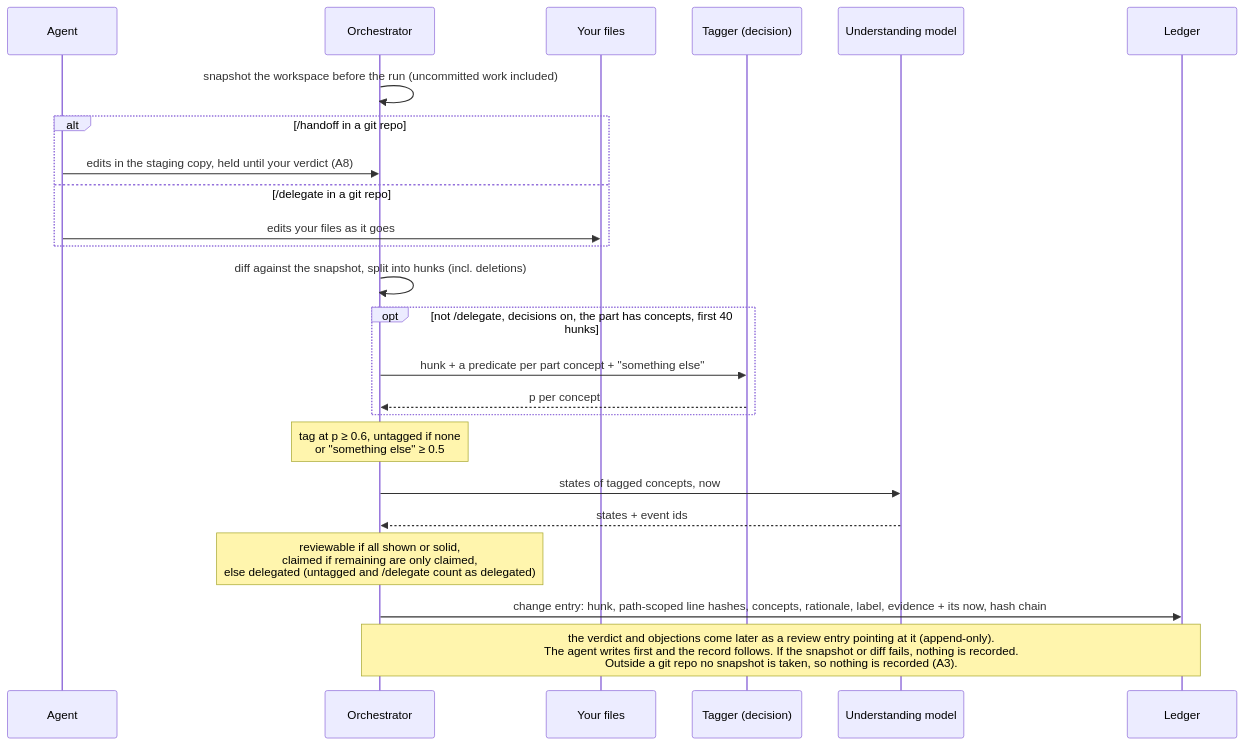
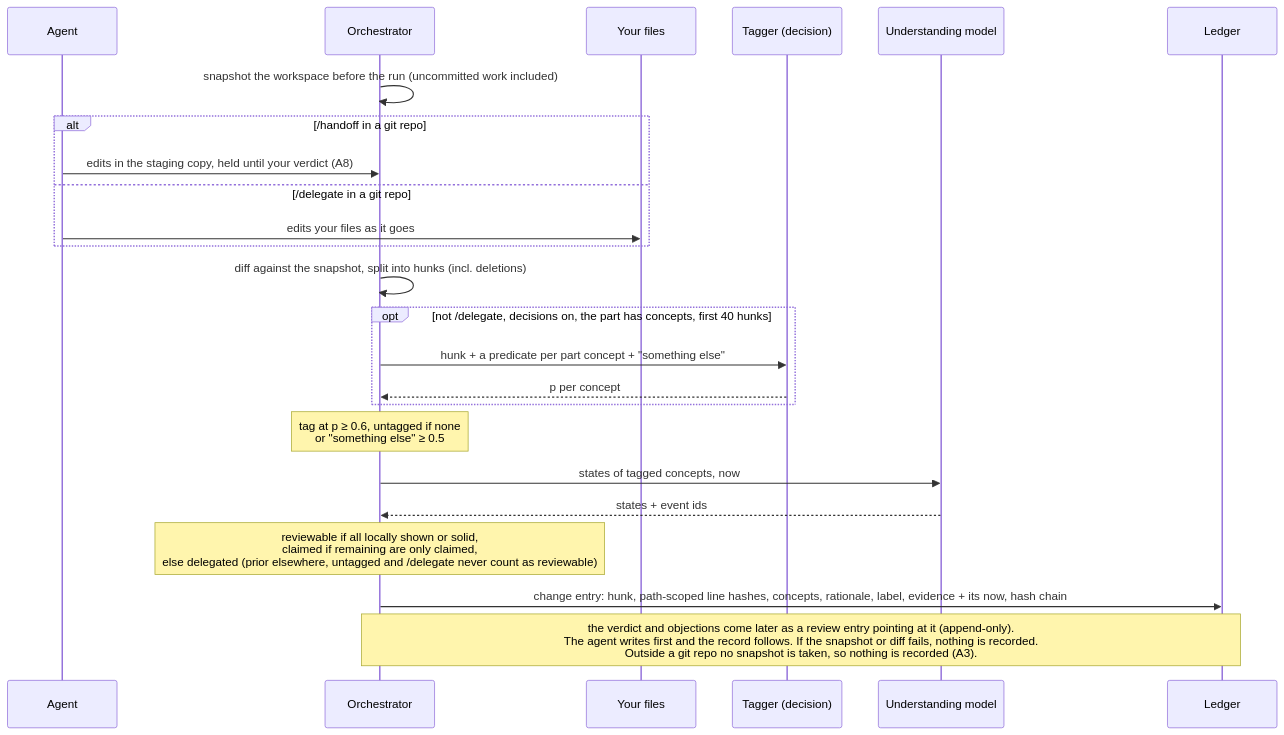
One commit to lprsrts/pathfinder changed the tenth of 13 diagrams in docs/theory.md. Above: the diagram before and after it, drawn with Mermaid. The commit also changed other lines of this file and 1 other file, not shown here.

````diff
--- a/docs/theory.md
+++ b/docs/theory.md
@@ -469,26 +490,26 @@
 ```mermaid
 sequenceDiagram
     participant A as Agent
     participant O as Orchestrator
     participant W as Your files
     participant T as Tagger (decision)
     participant LM as Understanding model
     participant L as Ledger
     O->>O: snapshot the workspace before the run (uncommitted work included)
     alt /handoff in a git repo
         A->>O: edits in the staging copy, held until your verdict (A8)
     else /delegate in a git repo
         A->>W: edits your files as it goes
     end
     O->>O: diff against the snapshot, split into hunks (incl. deletions)
     opt not /delegate, decisions on, the part has concepts, first 40 hunks
         O->>T: hunk + a predicate per part concept + "something else"
         T-->>O: p per concept
     end
     Note over O: tag at p ≥ 0.6, untagged if none<br/>or "something else" ≥ 0.5
     O->>LM: states of tagged concepts, now
     LM-->>O: states + event ids
-    Note over O: reviewable if all shown or solid,<br/>claimed if remaining are only claimed,<br/>else delegated (untagged and /delegate count as delegated)
+    Note over O: reviewable if all locally shown or solid,<br/>claimed if remaining are only claimed,<br/>else delegated (prior elsewhere, untagged and /delegate never count as reviewable)
     O->>L: change entry: hunk, path-scoped line hashes, concepts, rationale, label, evidence + its now, hash chain
     Note over O,L: the verdict and objections come later as a review entry pointing at it (append-only).<br/>The agent writes first and the record follows. If the snapshot or diff fails, nothing is recorded.<br/>Outside a git repo no snapshot is taken, so nothing is recorded (A3).
 ```
````
